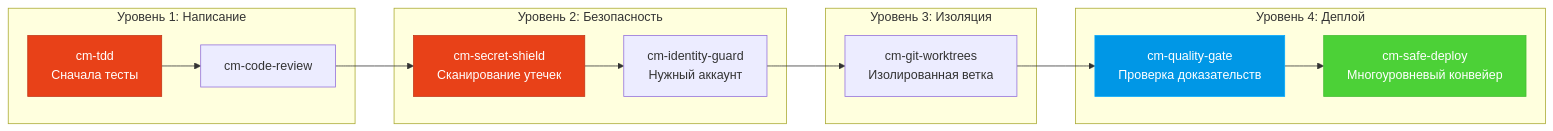
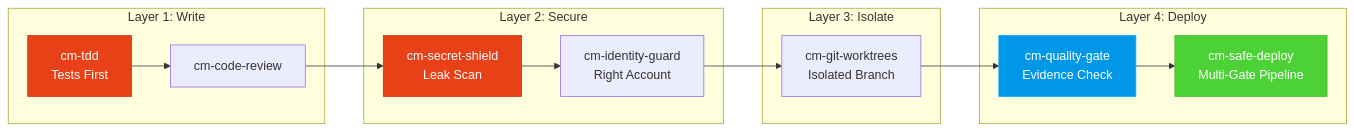
The third of 3 diagrams in README-ru.md (tody-agent/codymaster), drawn with Mermaid before and after one commit. The commit also changed other lines of this file and 57 other files, not shown here.

````diff
--- a/README-ru.md
+++ b/README-ru.md
@@ -109,19 +109,19 @@
 ```mermaid
 flowchart LR
-    subgraph "Уровень 1: Написание"
-        A["cm-tdd<br/>Сначала тесты"] --> B["cm-code-review"]
+    subgraph "Layer 1: Write"
+        A["cm-tdd<br/>Tests First"] --> B["cm-code-review"]
     end
-    subgraph "Уровень 2: Безопасность"
-        B --> C["cm-secret-shield<br/>Сканирование утечек"] --> D["cm-identity-guard<br/>Нужный аккаунт"]
+    subgraph "Layer 2: Secure"
+        B --> C["cm-secret-shield<br/>Leak Scan"] --> D["cm-identity-guard<br/>Right Account"]
     end
-    subgraph "Уровень 3: Изоляция"
-        D --> E["cm-git-worktrees<br/>Изолированная ветка"]
+    subgraph "Layer 3: Isolate"
+        D --> E["cm-git-worktrees<br/>Isolated Branch"]
     end
-    subgraph "Уровень 4: Деплой"
-        E --> F["cm-quality-gate<br/>Проверка доказательств"] --> G["cm-safe-deploy<br/>Многоуровневый конвейер"]
+    subgraph "Layer 4: Deploy"
+        E --> F["cm-quality-gate<br/>Evidence Check"] --> G["cm-safe-deploy<br/>Multi-Gate Pipeline"]
     end
     style A fill:#e84118,stroke:#c23616,color:#fff
     style C fill:#e84118,stroke:#c23616,color:#fff
     style F fill:#0097e6,stroke:#00a8ff,color:#fff
     style G fill:#4cd137,stroke:#44bd32,color:#fff
 ```
````
